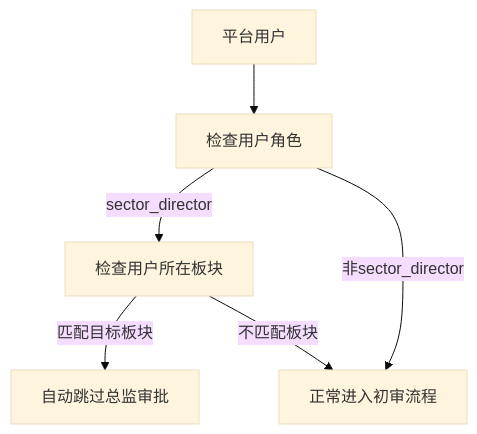
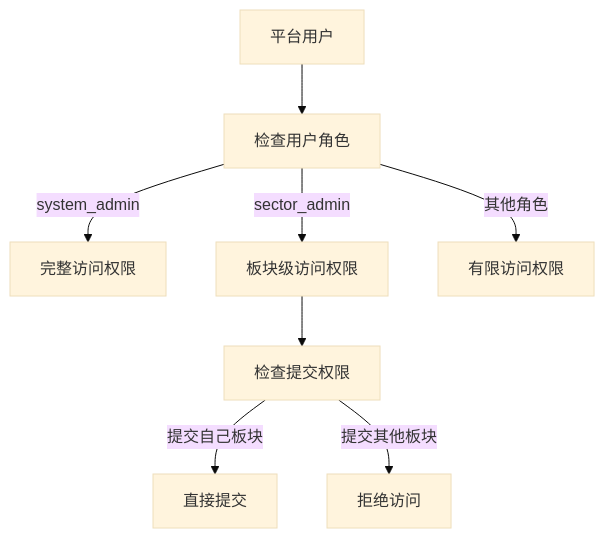
One commit to marcelxu0272/202605_project-tracking-table changed the fourth of 7 diagrams in .qoder/repowiki/zh/content/核心业务模块/审批工作流系统.md. Above: the diagram before and after it, drawn with Mermaid (base theme). The commit also changed other lines of this file and 15 other files, not shown here.

````diff
--- a/.qoder/repowiki/zh/content/核心业务模块/审批工作流系统.md
+++ b/.qoder/repowiki/zh/content/核心业务模块/审批工作流系统.md
@@ -199,8 +213,10 @@
 ```mermaid
 flowchart TD
 User["平台用户"] --> CheckRole["检查用户角色"]
-CheckRole --> |sector_director| CheckSector["检查用户所在板块"]
-CheckSector --> |匹配目标板块| Skip["自动跳过总监审批"]
-CheckRole --> |非sector_director| NoSkip["正常进入初审流程"]
-CheckSector --> |不匹配板块| NoSkip
+CheckRole --> |system_admin| FullAccess["完整访问权限"]
+CheckRole --> |sector_admin| SectorAccess["板块级访问权限"]
+CheckRole --> |其他角色| LimitedAccess["有限访问权限"]
+SectorAccess --> CheckSubmit["检查提交权限"]
+CheckSubmit --> |提交自己板块| DirectSubmit["直接提交"]
+CheckSubmit --> |提交其他板块| Denied["拒绝访问"]
 ```
````
